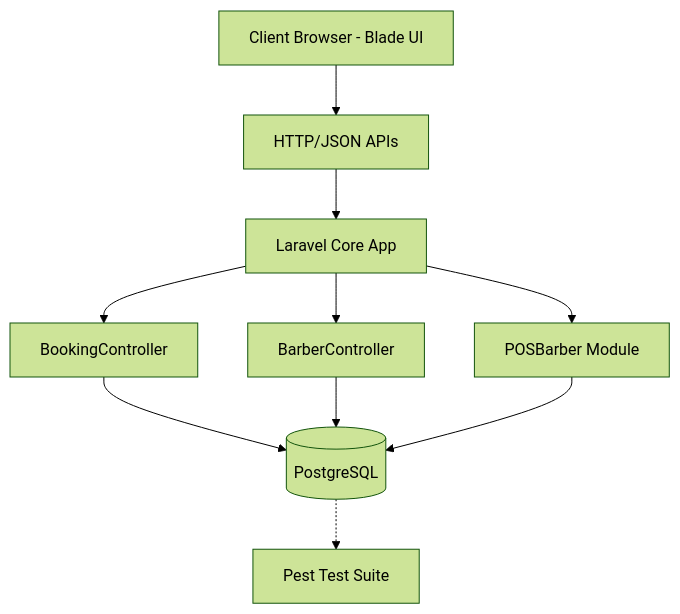
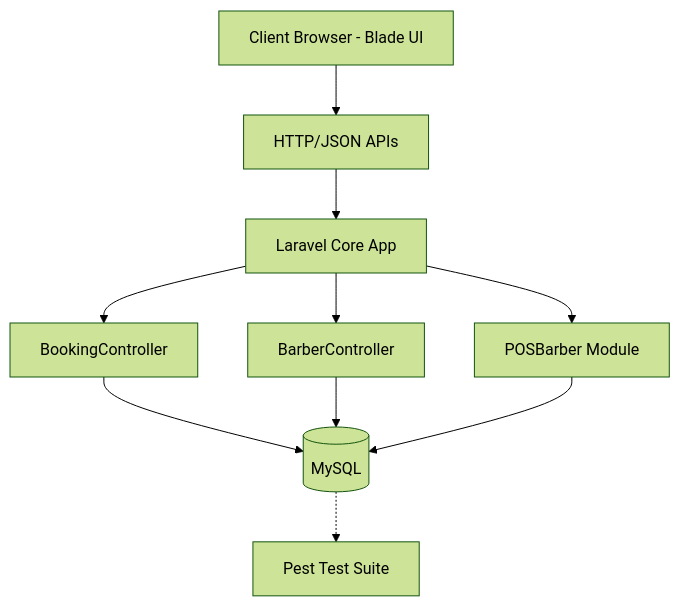
Before and after one commit to Teeraphat2104/portfolio_Teeraphat: the first of 2 diagrams in src/content/barbershop.md, drawn with Mermaid (forest theme). The commit also changed 3 other files, not shown here.

````diff
--- a/src/content/barbershop.md
+++ b/src/content/barbershop.md
@@ -24,18 +24,18 @@
 ```mermaid
 flowchart TB
     Client[Client Browser - Blade UI]
     API[HTTP/JSON APIs]
     Laravel[Laravel Core App]
     Booking[BookingController]
     Barber[BarberController]
     POS[POSBarber Module]
-    DB[(PostgreSQL)]
+    DB[(MySQL)]
     Pest[Pest Test Suite]
 
     Client --> API --> Laravel
     Laravel --> Booking & Barber & POS
     Booking --> DB
     Barber --> DB
     POS --> DB
     DB -.-> Pest
 ```
````
